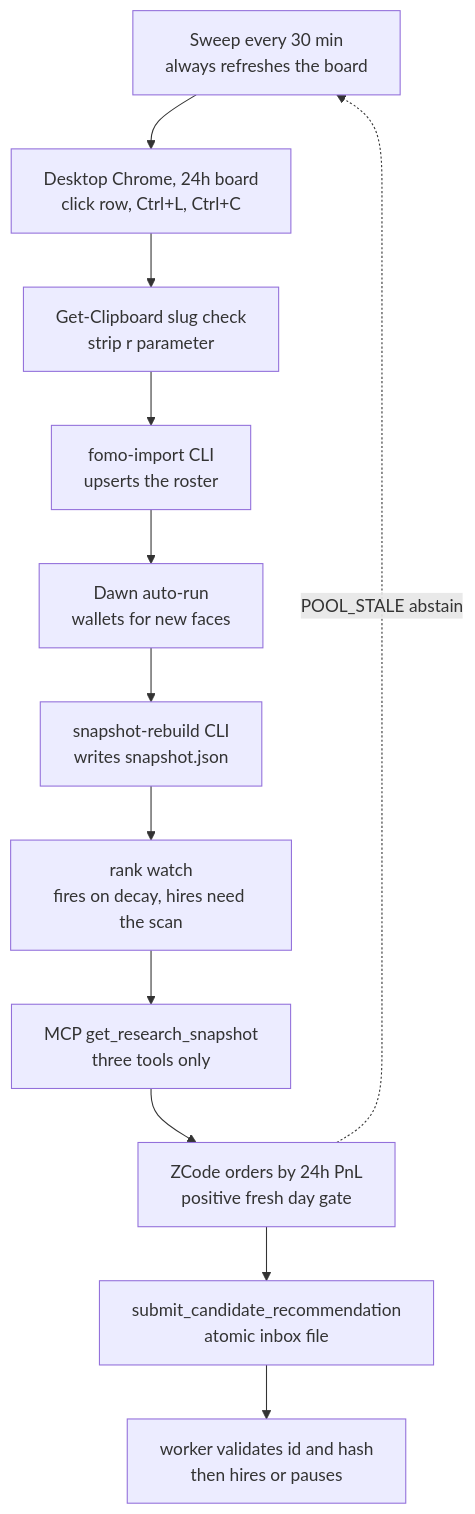
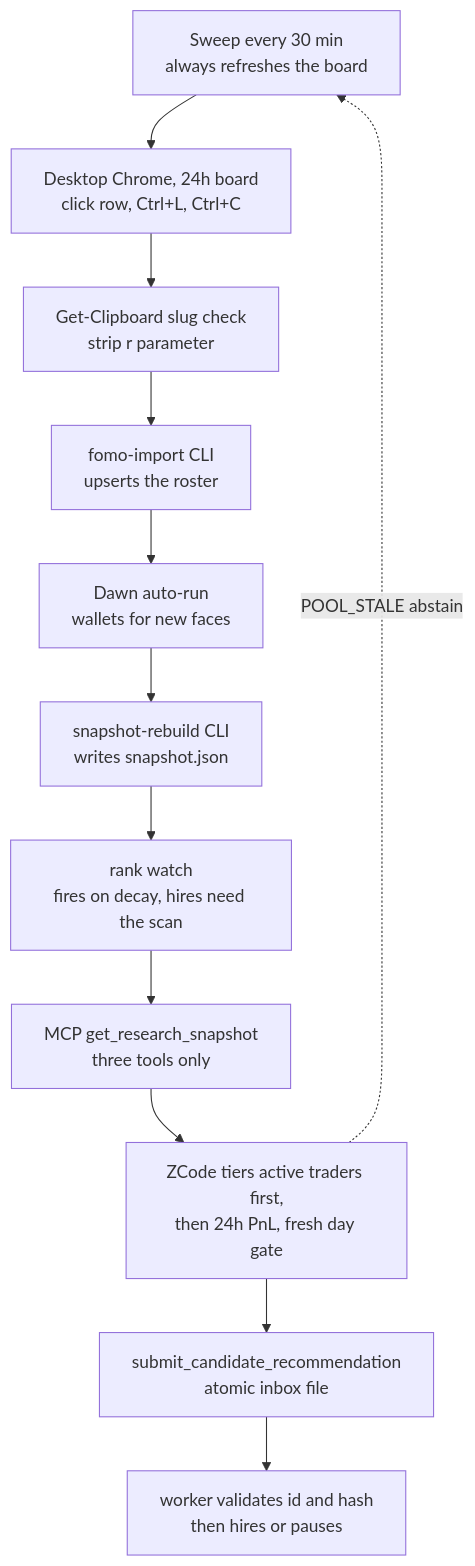
One commit to RuneL89/zcode-copytrade-bot changed the diagram in docs/diagrams/research-pipeline.mmd. Above: the diagram before and after it, drawn with Mermaid. The commit also changed 26 other files, not shown here.

```diff
--- a/docs/diagrams/research-pipeline.mmd
+++ b/docs/diagrams/research-pipeline.mmd
@@ -1,13 +1,13 @@
 %% Render: ~/.zcode/tools/mermaid-render/render.sh -i research-pipeline.mmd -o ../images/research-pipeline.png -b white -s 2 -w 1600
 flowchart TD
     A["Sweep every 30 min<br/>always refreshes the board"] --> C["Desktop Chrome, 24h board<br/>click row, Ctrl+L, Ctrl+C"]
     C --> D["Get-Clipboard slug check<br/>strip r parameter"]
     D --> E["fomo-import CLI<br/>upserts the roster"]
     E --> F["Dawn auto-run<br/>wallets for new faces"]
     F --> G["snapshot-rebuild CLI<br/>writes snapshot.json"]
     G --> R["rank watch<br/>fires on decay, hires need the scan"]
     R --> H["MCP get_research_snapshot<br/>three tools only"]
-    H --> I["ZCode orders by 24h PnL<br/>positive fresh day gate"]
+    H --> I["ZCode tiers active traders first,<br/>then 24h PnL, fresh day gate"]
     I --> J["submit_candidate_recommendation<br/>atomic inbox file"]
     J --> K["worker validates id and hash<br/>then hires or pauses"]
     I -.->|POOL_STALE abstain| A
```
